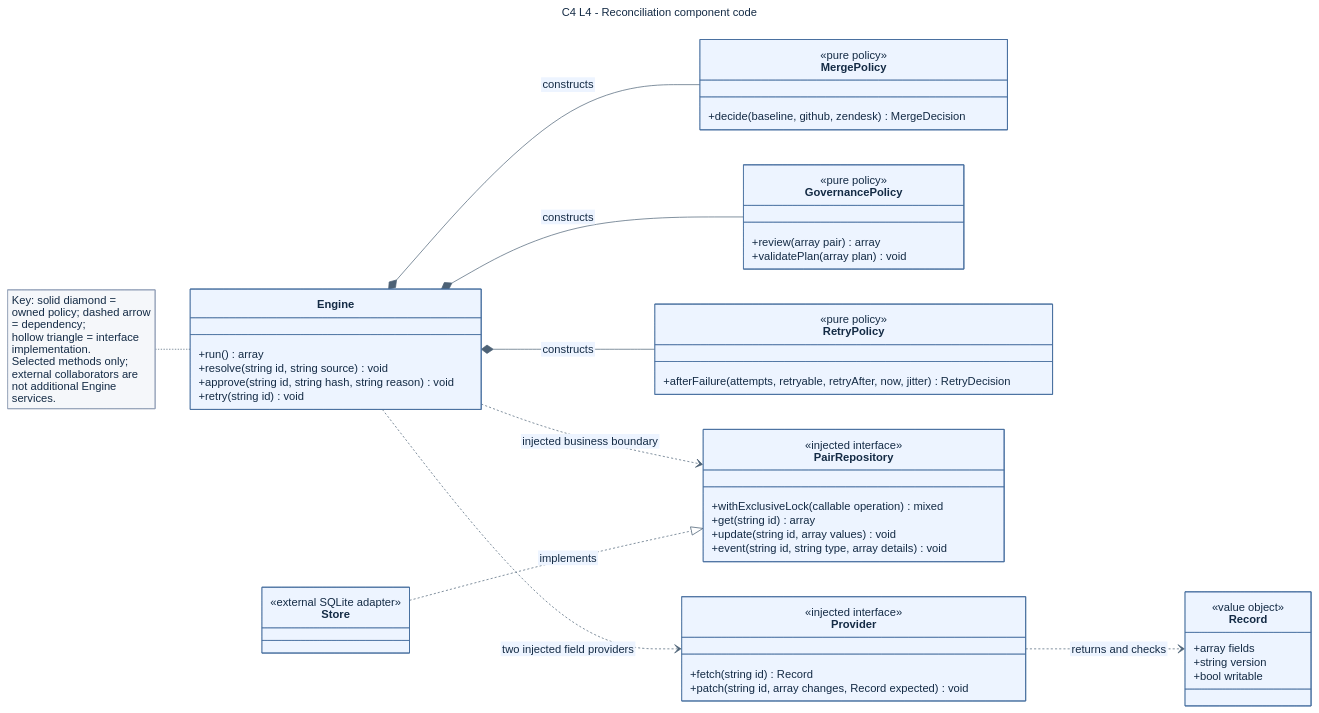
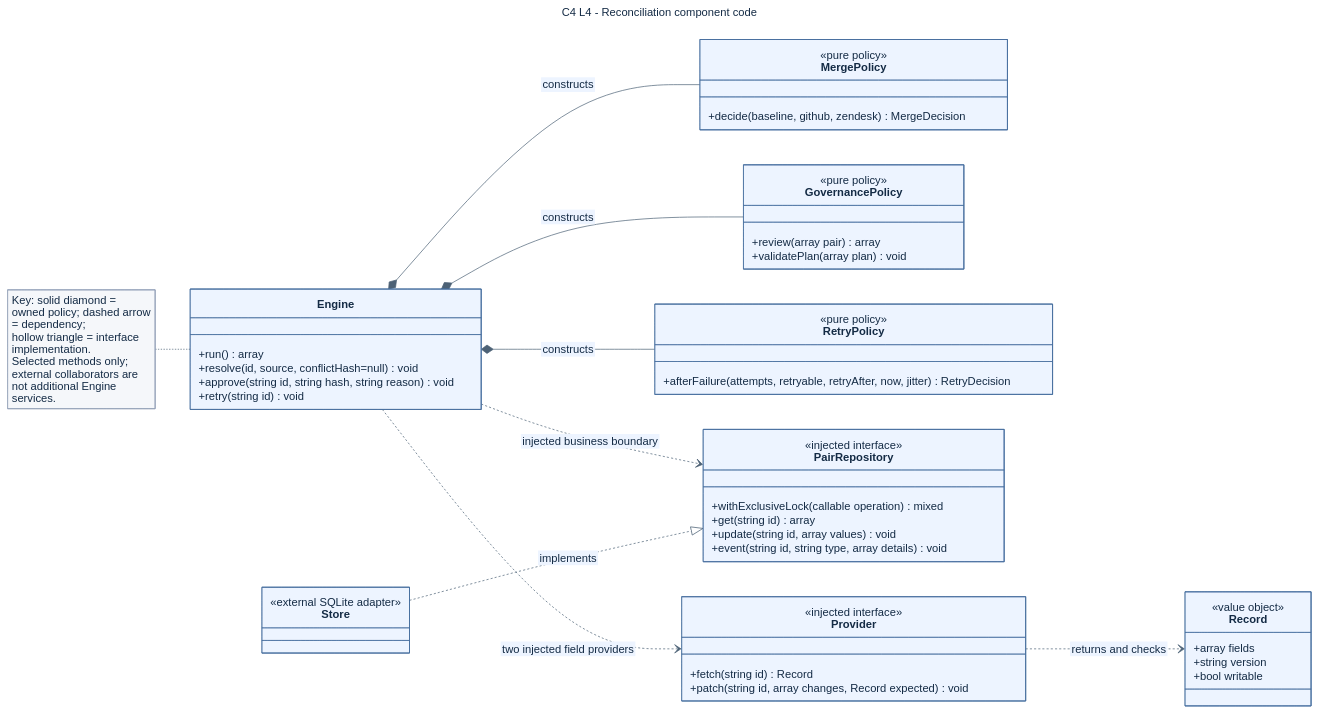
The diagram in docs/c4/source/05-code-reconciliation.mmd (AlbertFlorescu/support-bridge), drawn with Mermaid before and after one commit. The commit also changed 29 other files, not shown here.

```diff
--- a/docs/c4/source/05-code-reconciliation.mmd
+++ b/docs/c4/source/05-code-reconciliation.mmd
@@ -1,70 +1,70 @@
 ---
 title: C4 L4 - Reconciliation component code
 config:
   htmlLabels: false
   theme: base
   themeVariables:
     primaryColor: '#edf4ff'
     primaryTextColor: '#142b45'
     primaryBorderColor: '#456d9e'
     lineColor: '#4d6276'
     edgeLabelBackground: '#ffffff'
     noteBkgColor: '#f5f7fa'
     noteBorderColor: '#94a3b8'
   fontFamily: DejaVu Sans, sans-serif
   class:
     htmlLabels: false
 ---
 classDiagram
   accTitle: C4 L4 - Reconciliation component code
   accDescr: Selected classes of the reconciliation component. Policies are constructed by Engine. Provider and PairRepository contracts are injected. Store is the external persistence implementation.
   direction LR
   class Engine {
     +run() array
-    +resolve(string id, string source) void
+    +resolve(id, source, conflictHash=null) void
     +approve(string id, string hash, string reason) void
     +retry(string id) void
   }
   class MergePolicy {
     <<pure policy>>
     +decide(baseline, github, zendesk) MergeDecision
   }
   class GovernancePolicy {
     <<pure policy>>
     +review(array pair) array
     +validatePlan(array plan) void
   }
   class RetryPolicy {
     <<pure policy>>
     +afterFailure(attempts, retryable, retryAfter, now, jitter) RetryDecision
   }
   class PairRepository {
     <<injected interface>>
     +withExclusiveLock(callable operation) mixed
     +get(string id) array
     +update(string id, array values) void
     +event(string id, string type, array details) void
   }
   class Provider {
     <<injected interface>>
     +fetch(string id) Record
     +patch(string id, array changes, Record expected) void
   }
   class Record {
     <<value object>>
     +array fields
     +string version
     +bool writable
   }
   class Store {
     <<external SQLite adapter>>
   }
 
   Engine *-- MergePolicy : constructs
   Engine *-- GovernancePolicy : constructs
   Engine *-- RetryPolicy : constructs
   Engine ..> PairRepository : injected business boundary
   Engine ..> Provider : two injected field providers
   Provider ..> Record : returns and checks
   Store ..|> PairRepository : implements
   note for Engine "Key: solid diamond = owned policy; dashed arrow = dependency;<br/>hollow triangle = interface implementation.<br/>Selected methods only; external collaborators are not additional Engine services."
```
